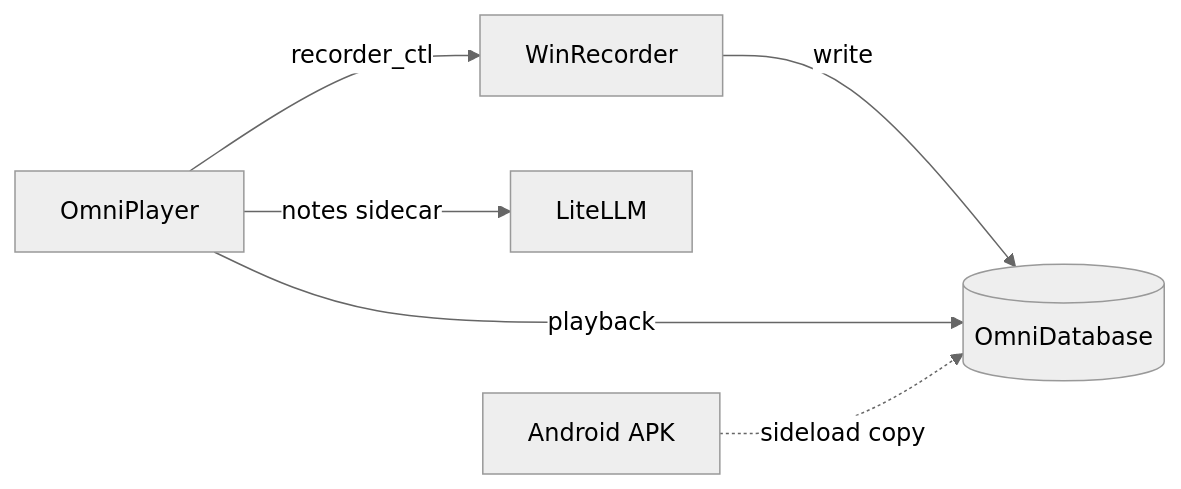
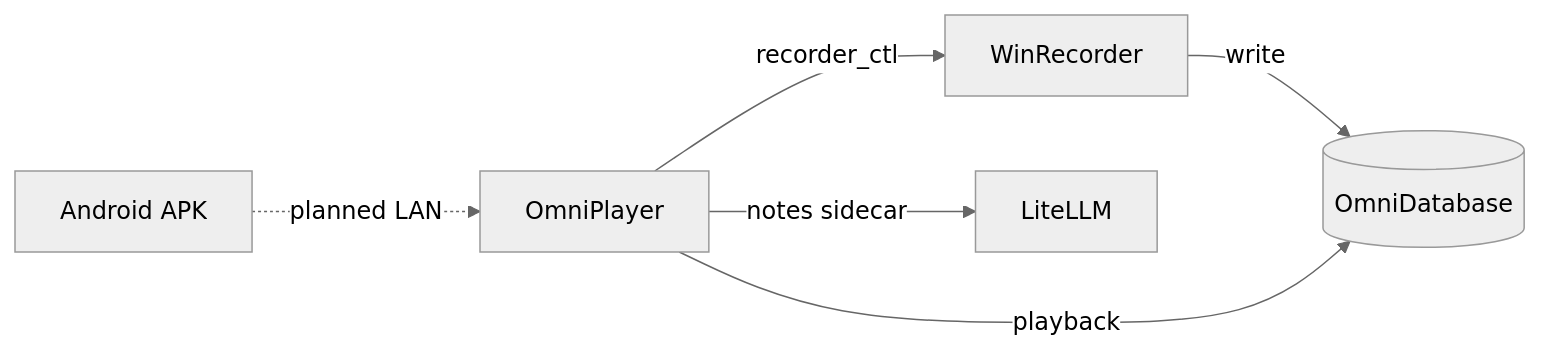
One commit to Fortda/liuhen changed the diagram in README.en.md. Above: the diagram before and after it, drawn with Mermaid (neutral theme). The commit also changed other lines of this file and 31 other files, not shown here.

````diff
--- a/README.en.md
+++ b/README.en.md
@@ -40,14 +62,14 @@
 ```mermaid
 flowchart LR
   OP[OmniPlayer]
   WR[WinRecorder]
   DB[(OmniDatabase)]
   LLM[LiteLLM]
   APK[Android APK]
 
   OP -->|recorder_ctl| WR
   WR -->|write| DB
   OP -->|playback| DB
   OP -->|"notes sidecar"| LLM
-  APK -.->|"sideload copy"| DB
+  APK -.->|"planned LAN"| OP
 ```
````
